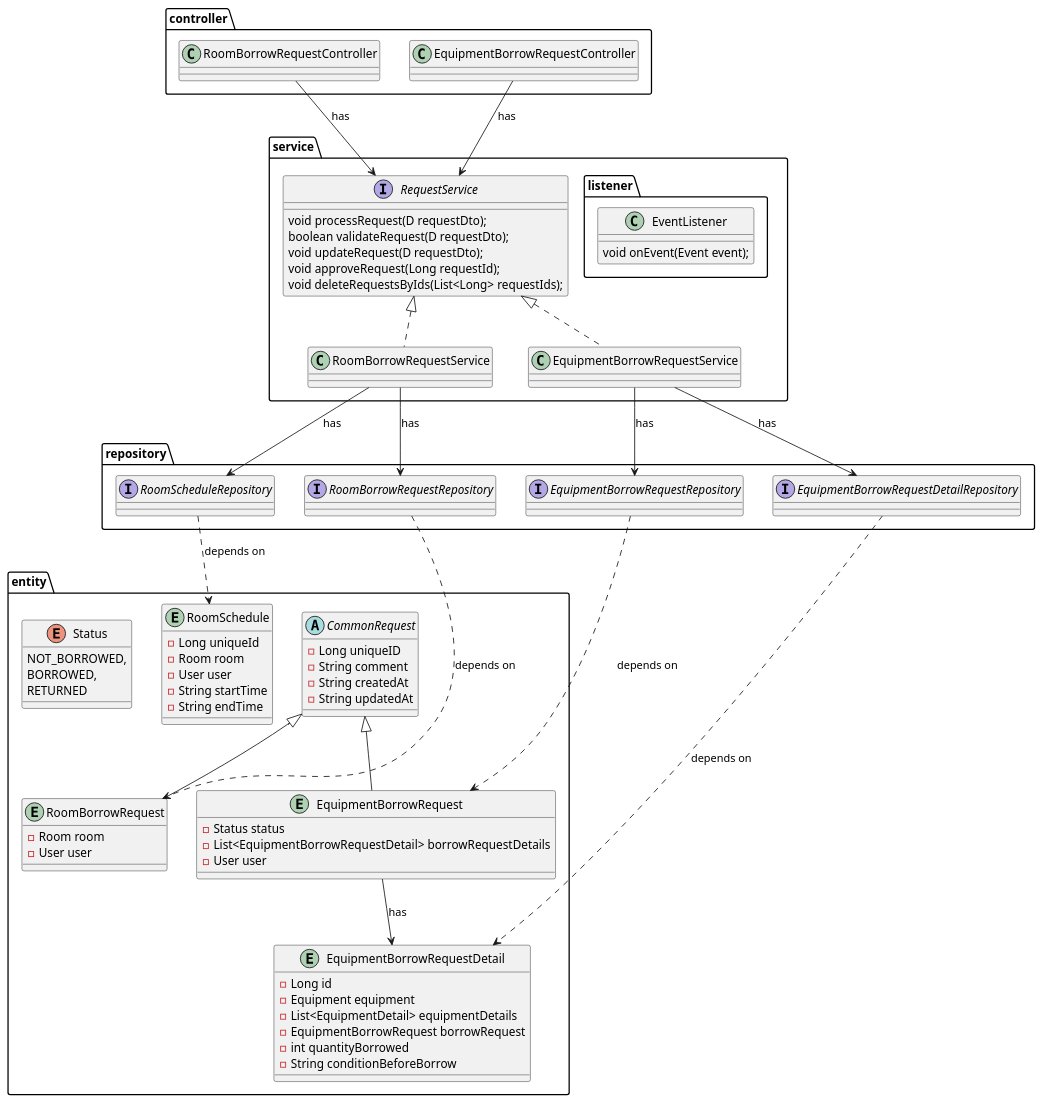
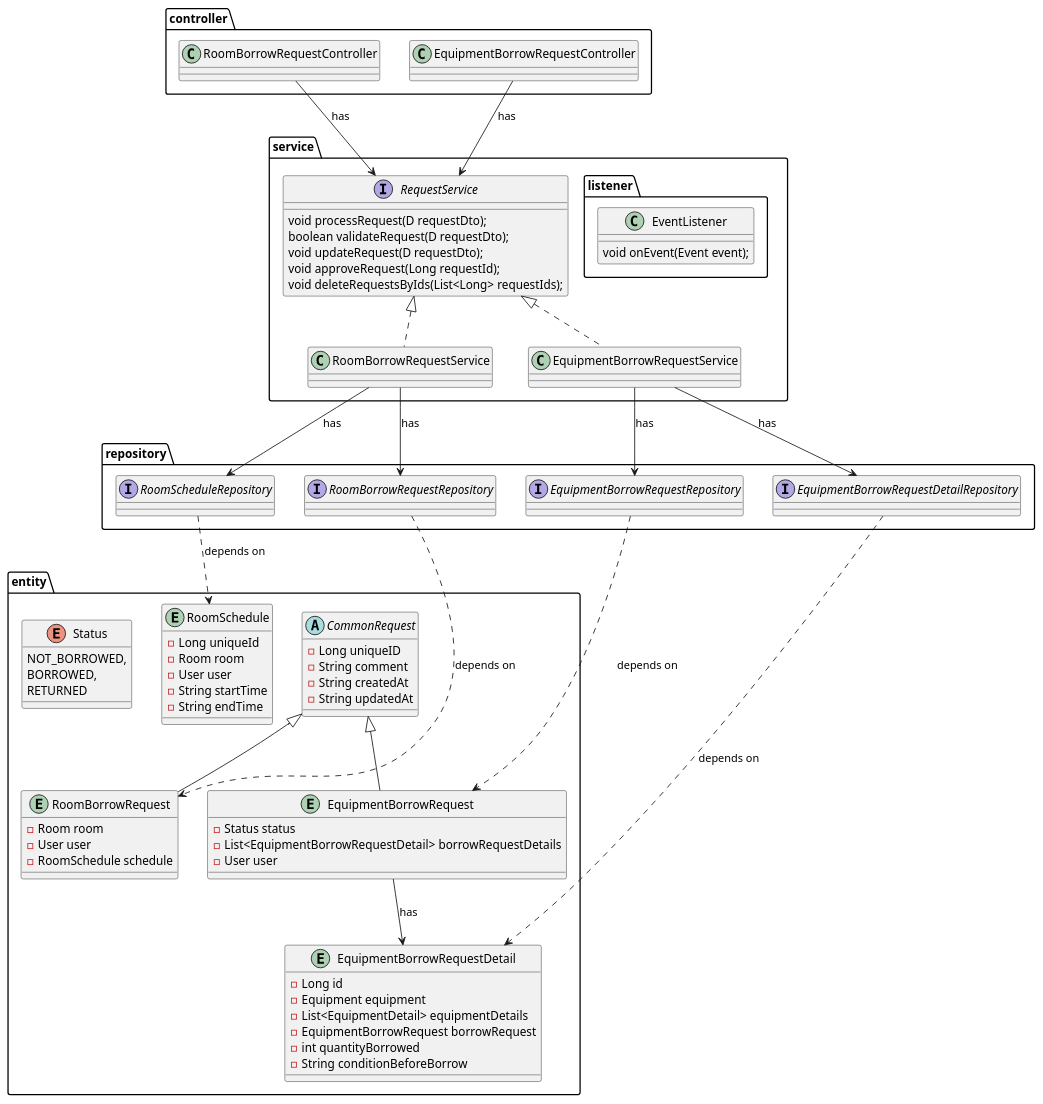
Before and after one commit to tammysensitive2312/SEM_Software_back-end: the second of 2 diagrams in src/main/java/org/example/sem_backend/modules/borrowing_module/docs/UMLcode/Borrowing_module_class_diagram.puml, drawn with PlantUML. The commit also changed 5 other files, not shown here.

```diff
--- a/src/main/java/org/example/sem_backend/modules/borrowing_module/docs/UMLcode/Borrowing_module_class_diagram.puml
+++ b/src/main/java/org/example/sem_backend/modules/borrowing_module/docs/UMLcode/Borrowing_module_class_diagram.puml
@@ -26,83 +26,84 @@
 @startuml
 package controller {
     class EquipmentBorrowRequestController
     class RoomBorrowRequestController
 }
 
 package service {
     interface RequestService {
         void processRequest(D requestDto);
         boolean validateRequest(D requestDto);
         void updateRequest(D requestDto);
         void approveRequest(Long requestId);
         void deleteRequestsByIds(List<Long> requestIds);
     }
 
     class RoomBorrowRequestService implements RequestService
     class EquipmentBorrowRequestService implements RequestService
 
     package listener {
     class EventListener {
         void onEvent(Event event);
     }
     }
 }
 
 package repository {
     interface EquipmentBorrowRequestRepository
     interface EquipmentBorrowRequestDetailRepository
     interface RoomBorrowRequestRepository
     interface RoomScheduleRepository
 }
 
 EquipmentBorrowRequestController --> RequestService : has
 RoomBorrowRequestController -> RequestService : has
 EquipmentBorrowRequestService --> EquipmentBorrowRequestRepository : has
 RoomBorrowRequestService -> RoomBorrowRequestRepository : has
 EquipmentBorrowRequestService --> EquipmentBorrowRequestDetailRepository : has
 RoomBorrowRequestService -> RoomScheduleRepository : has
 
 package entity {
 abstract class CommonRequest {
     -Long uniqueID
     -String comment
     -String createdAt
     -String updatedAt
 }
 entity EquipmentBorrowRequest extends CommonRequest{
     -Status status
     -List<EquipmentBorrowRequestDetail> borrowRequestDetails
     -User user
 }
 entity EquipmentBorrowRequestDetail {
     -Long id
     -Equipment equipment
     -List<EquipmentDetail> equipmentDetails
     -EquipmentBorrowRequest borrowRequest
     -int quantityBorrowed
     -String conditionBeforeBorrow
 }
 entity RoomBorrowRequest extends CommonRequest{
     -Room room
     -User user
+    -RoomSchedule schedule
 }
 entity RoomSchedule {
     -Long uniqueId
     -Room room
     -User user
     -String startTime
     -String endTime
 }
 enum Status {
     NOT_BORROWED,
     BORROWED,
     RETURNED
 }
 EquipmentBorrowRequest --> EquipmentBorrowRequestDetail : has
 }
 
 EquipmentBorrowRequestRepository ..> EquipmentBorrowRequest : depends on
 EquipmentBorrowRequestDetailRepository ..> EquipmentBorrowRequestDetail : depends on
 RoomBorrowRequestRepository ..> RoomBorrowRequest : depends on
 RoomScheduleRepository ..> RoomSchedule : depends on
 @enduml
```
